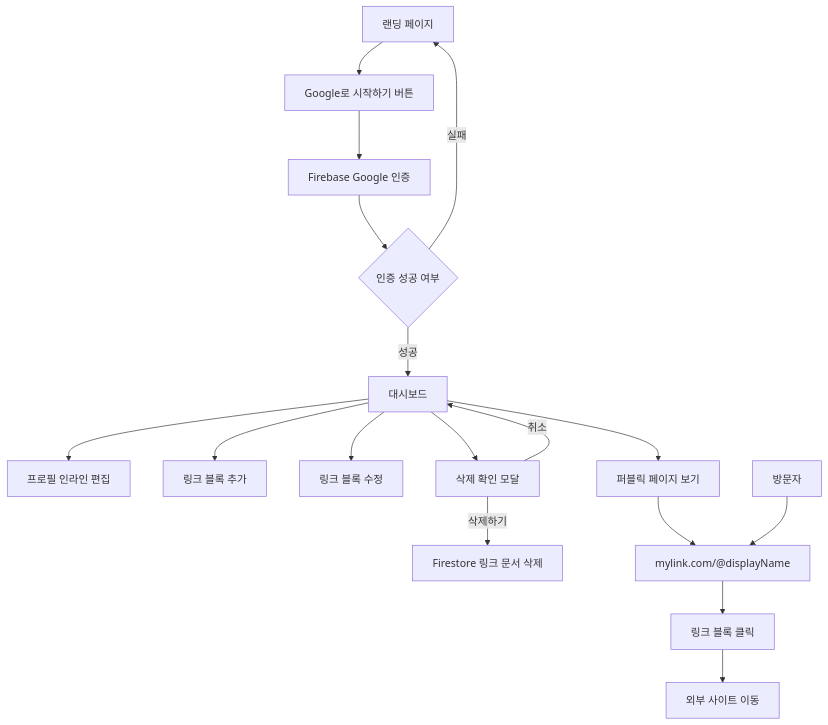
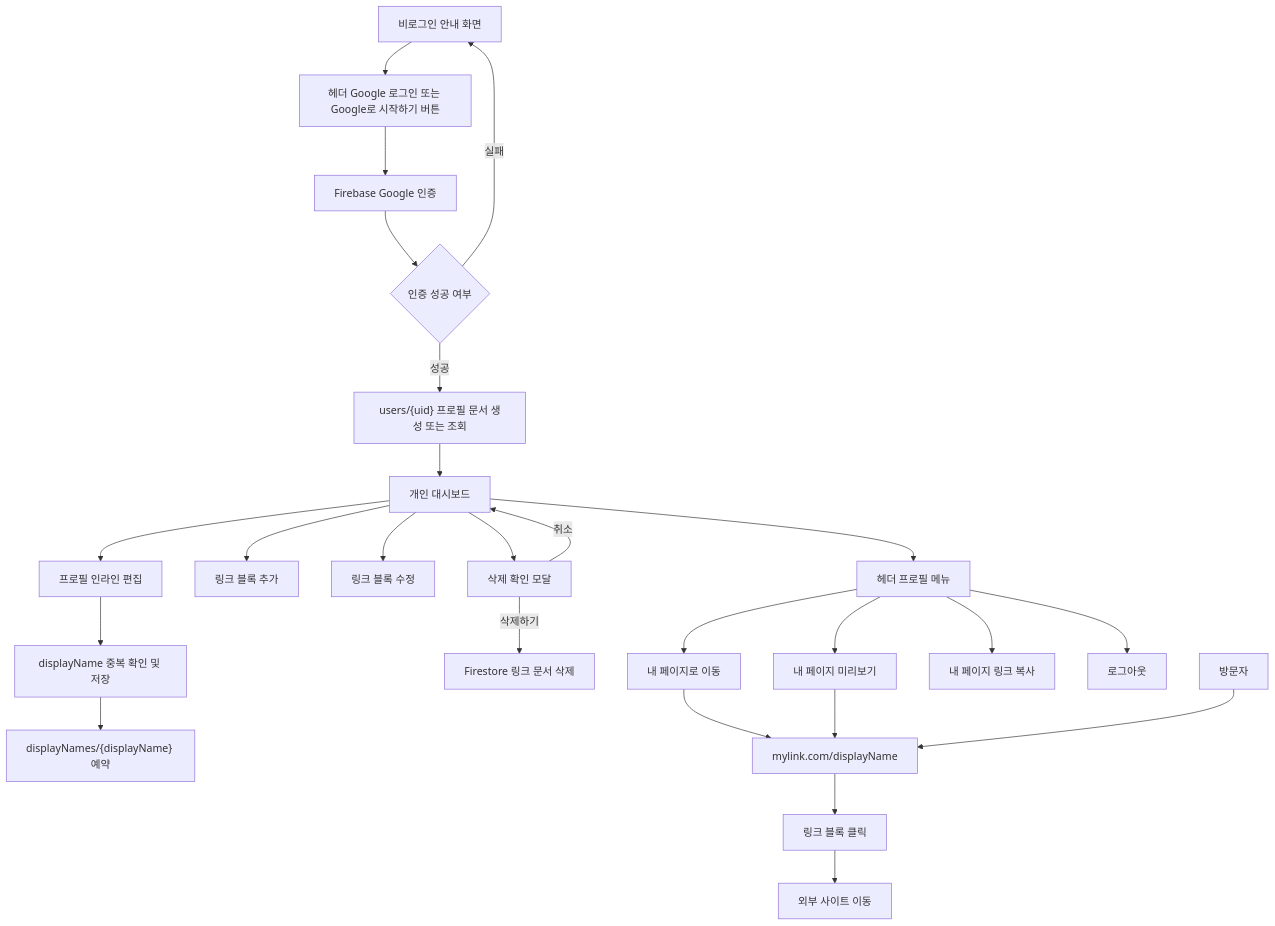
One commit to olivesch/my-link changed the first of 13 diagrams in docs/Wireframe.md. Above: the diagram before and after it, drawn with Mermaid. The commit also changed other lines of this file and 25 other files, not shown here.

````diff
--- a/docs/Wireframe.md
+++ b/docs/Wireframe.md
@@ -15,19 +15,27 @@
 ```mermaid
 flowchart TD
-  A["랜딩 페이지"] --> B["Google로 시작하기 버튼"]
+  A["비로그인 안내 화면"] --> B["헤더 Google 로그인 또는 Google로 시작하기 버튼"]
   B --> C["Firebase Google 인증"]
   C --> D{"인증 성공 여부"}
-  D -->|성공| E["대시보드"]
+  D -->|성공| P["users/{uid} 프로필 문서 생성 또는 조회"]
+  P --> E["개인 대시보드"]
   D -->|실패| A
   E --> F["프로필 인라인 편집"]
+  F --> T["displayName 중복 확인 및 저장"]
+  T --> U["displayNames/{displayName} 예약"]
   E --> G["링크 블록 추가"]
   E --> H["링크 블록 수정"]
   E --> I["삭제 확인 모달"]
   I -->|삭제하기| O["Firestore 링크 문서 삭제"]
   I -->|취소| E
-  E --> J["퍼블릭 페이지 보기"]
-  J --> K["mylink.com/@displayName"]
+  E --> Q["헤더 프로필 메뉴"]
+  Q --> V["내 페이지로 이동"]
+  Q --> J["내 페이지 미리보기"]
+  Q --> R["내 페이지 링크 복사"]
+  Q --> S["로그아웃"]
+  V --> K["mylink.com/displayName"]
+  J --> K
   L["방문자"] --> K
   K --> M["링크 블록 클릭"]
   M --> N["외부 사이트 이동"]
 ```
````
